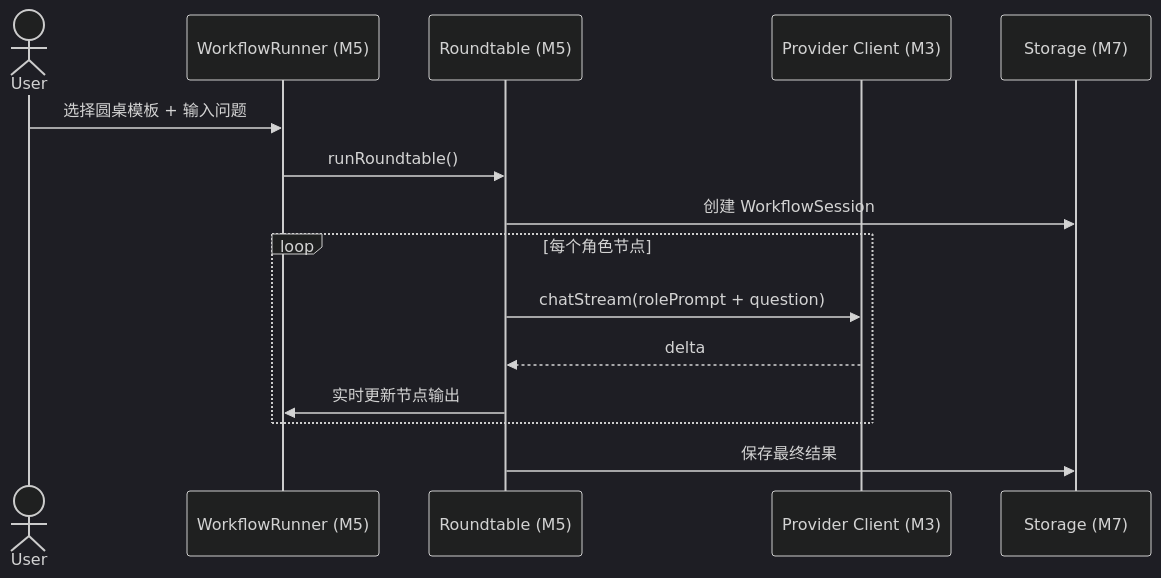
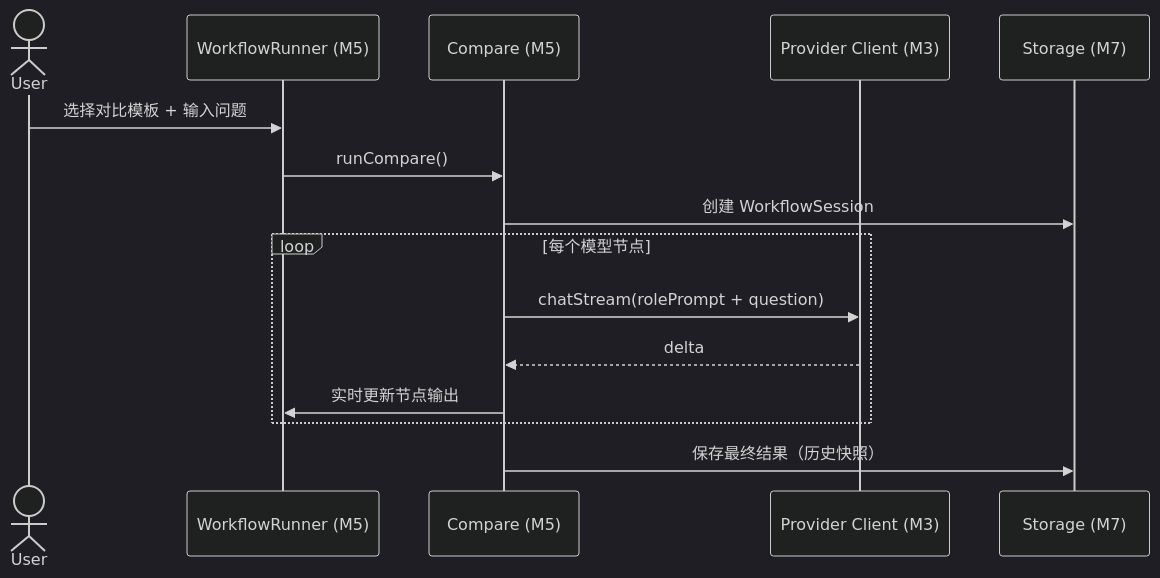
The first of 2 diagrams in doc/design-05-workflows.md (qqlcx5/ai-reader), drawn with Mermaid (dark theme) before and after one commit. The commit also changed other lines of this file and 85 other files, not shown here.

````diff
--- a/doc/design-05-workflows.md
+++ b/doc/design-05-workflows.md
@@ -246,18 +424,18 @@
 ```mermaid
 sequenceDiagram
     actor User
     participant WF as WorkflowRunner (M5)
-    participant RT as Roundtable (M5)
+    participant CP as Compare (M5)
     participant M3 as Provider Client (M3)
     participant M7 as Storage (M7)
 
-    User->>WF: 选择圆桌模板 + 输入问题
-    WF->>RT: runRoundtable()
-    RT->>M7: 创建 WorkflowSession
-    loop 每个角色节点
-        RT->>M3: chatStream(rolePrompt + question)
-        M3-->>RT: delta
-        RT->>WF: 实时更新节点输出
+    User->>WF: 选择对比模板 + 输入问题
+    WF->>CP: runCompare()
+    CP->>M7: 创建 WorkflowSession
+    loop 每个模型节点
+        CP->>M3: chatStream(rolePrompt + question)
+        M3-->>CP: delta
+        CP->>WF: 实时更新节点输出
     end
-    RT->>M7: 保存最终结果
+    CP->>M7: 保存最终结果（历史快照）
 ```
````
